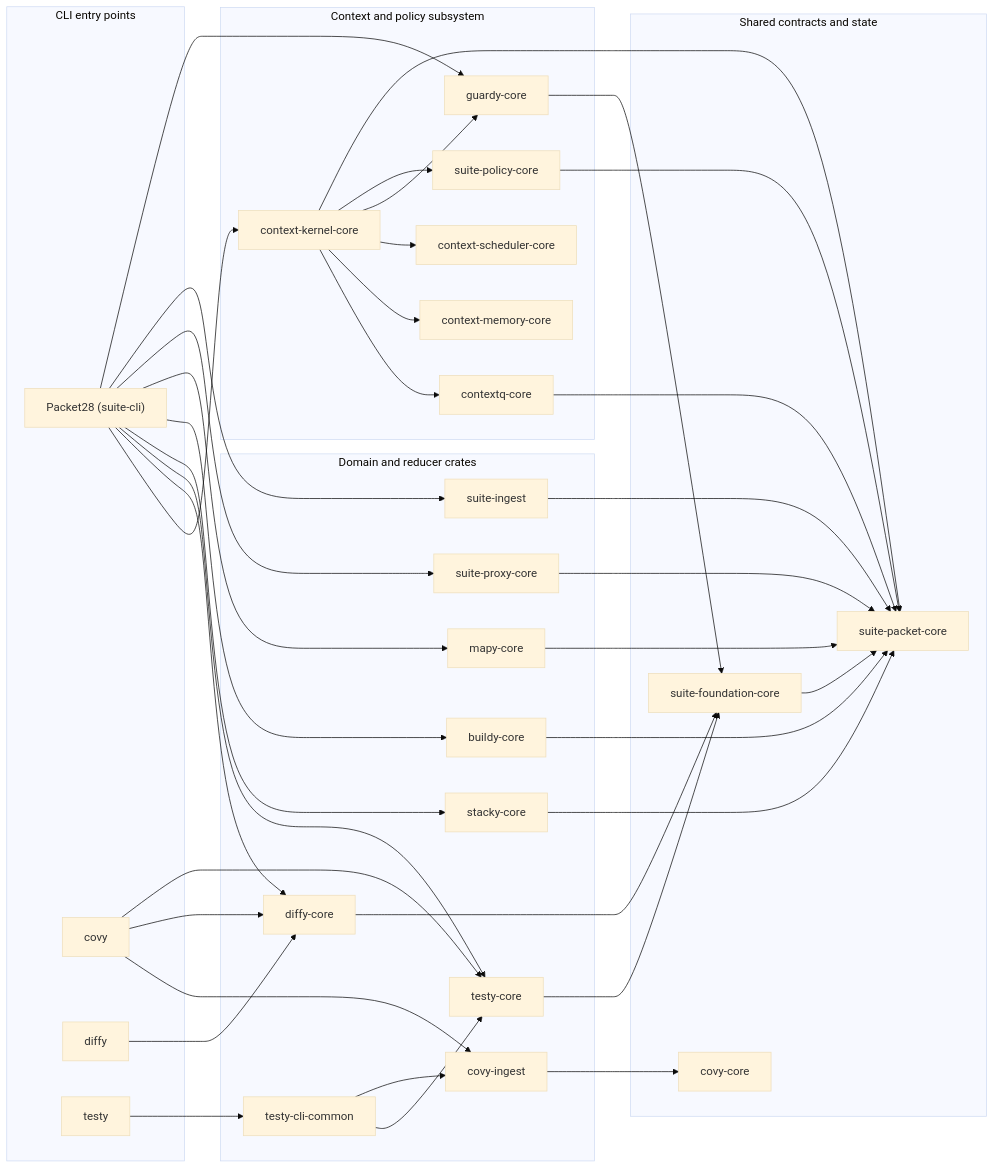
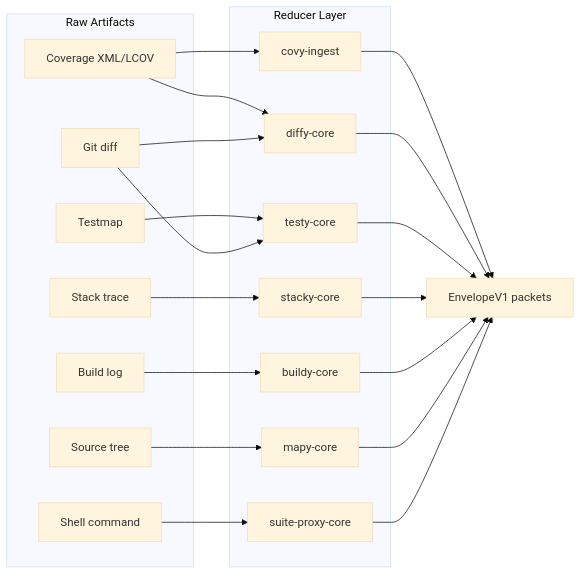
The first of 5 diagrams in README.md (usharma123/Packet28), drawn with Mermaid (base theme) before and after one commit. The commit also changed other lines of this file, not shown here.

````diff
--- a/README.md
+++ b/README.md
@@ -28,75 +118,32 @@
 ```mermaid
 flowchart LR
-  subgraph CLIs["CLI entry points"]
-    Packet28["Packet28 (suite-cli)"]
-    Covy["covy"]
-    Diffy["diffy"]
-    Testy["testy"]
+  subgraph Inputs["Raw Artifacts"]
+    COV["Coverage XML/LCOV"]
+    DIFF["Git diff"]
+    LOG["Build log"]
+    STACK["Stack trace"]
+    REPO["Source tree"]
+    CMD["Shell command"]
+    TMAP["Testmap"]
   end
 
-  subgraph Domain["Domain and reducer crates"]
-    CovyIngest["covy-ingest"]
-    DiffyCore["diffy-core"]
-    TestyCore["testy-core"]
-    TestyCommon["testy-cli-common"]
-    Stacky["stacky-core"]
-    Buildy["buildy-core"]
-    Mapy["mapy-core"]
-    Proxy["suite-proxy-core"]
-    Ingest["suite-ingest"]
+  subgraph Reducers["Reducer Layer"]
+    COVY["covy-ingest"]
+    DIFFY["diffy-core"]
+    TESTY["testy-core"]
+    STACKY["stacky-core"]
+    BUILDY["buildy-core"]
+    MAPY["mapy-core"]
+    PROXY["suite-proxy-core"]
   end
 
-  subgraph Context["Context and policy subsystem"]
-    Kernel["context-kernel-core"]
-    ContextQ["contextq-core"]
-    Memory["context-memory-core"]
-    Scheduler["context-scheduler-core"]
-    Guardy["guardy-core"]
-    Policy["suite-policy-core"]
-  end
+  COV --> COVY
+  COV & DIFF --> DIFFY
+  TMAP & DIFF --> TESTY
+  STACK --> STACKY
+  LOG --> BUILDY
+  REPO --> MAPY
+  CMD --> PROXY
 
-  subgraph Shared["Shared contracts and state"]
-    Foundation["suite-foundation-core"]
-    Packet["suite-packet-core"]
-    CovyCore["covy-core"]
-  end
-
-  Packet28 --> Kernel
-  Packet28 --> DiffyCore
-  Packet28 --> TestyCore
-  Packet28 --> Stacky
-  Packet28 --> Buildy
-  Packet28 --> Mapy
-  Packet28 --> Proxy
-  Packet28 --> Ingest
-  Packet28 --> Guardy
-
-  Covy --> CovyIngest
-  Covy --> DiffyCore
-  Covy --> TestyCore
-  Diffy --> DiffyCore
-  Testy --> TestyCommon
-
-  TestyCommon --> TestyCore
-  TestyCommon --> CovyIngest
-
-  Kernel --> ContextQ
-  Kernel --> Memory
-  Kernel --> Scheduler
-  Kernel --> Guardy
-  Kernel --> Policy
-  Kernel --> Packet
-
-  CovyIngest --> CovyCore
-  DiffyCore --> Foundation
-  TestyCore --> Foundation
-  Stacky --> Packet
-  Buildy --> Packet
-  Mapy --> Packet
-  Proxy --> Packet
-  Ingest --> Packet
-  ContextQ --> Packet
-  Guardy --> Foundation
-  Policy --> Packet
-  Foundation --> Packet
+  COVY & DIFFY & TESTY & STACKY & BUILDY & MAPY & PROXY --> ENV["EnvelopeV1 packets"]
 ```
````
